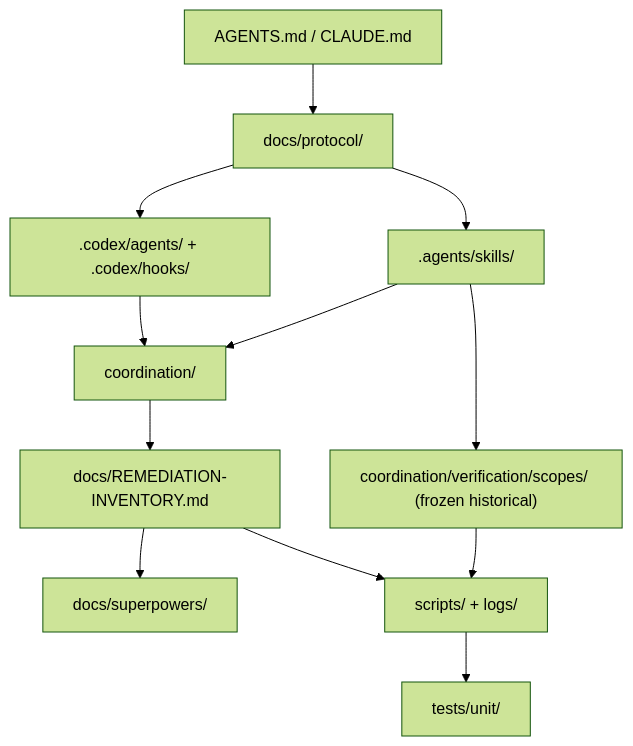
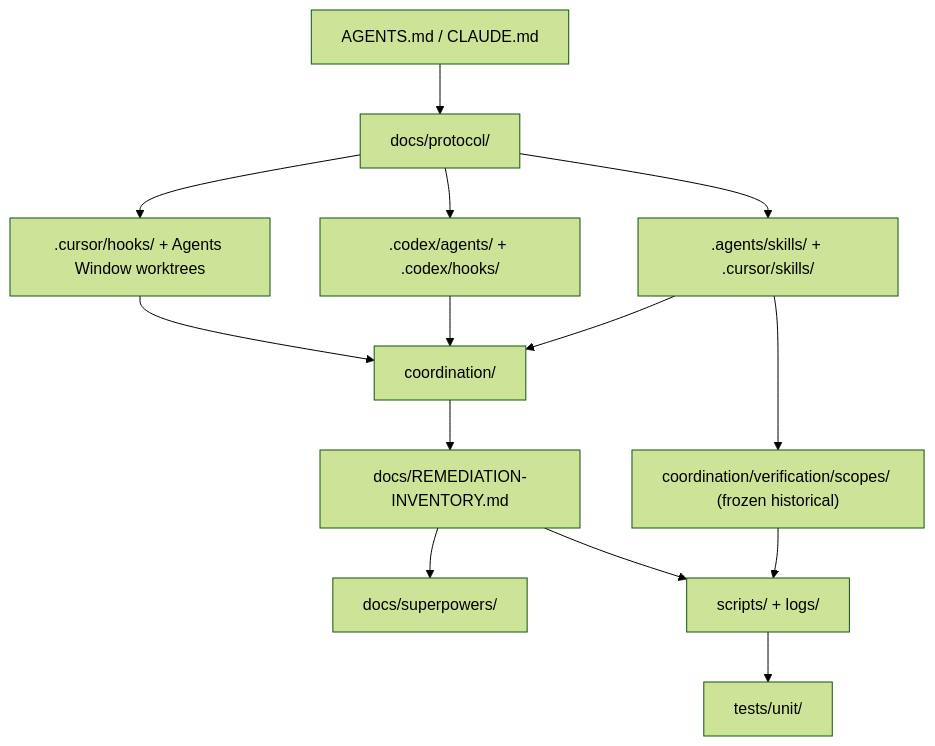
Before and after one commit to hkk009008-svg/governance-os: the diagram in docs/protocol/protocol-assembly-map.md, drawn with Mermaid (forest theme). The commit also changed other lines of this file and 44 other files, not shown here.

````diff
--- a/docs/protocol/protocol-assembly-map.md
+++ b/docs/protocol/protocol-assembly-map.md
@@ -10,25 +10,28 @@
 ```mermaid
 flowchart TD
     Root["AGENTS.md / CLAUDE.md"]
     Policy["docs/protocol/"]
-    Skills[".agents/skills/"]
+    Skills[".agents/skills/ + .cursor/skills/"]
     Codex[".codex/agents/ + .codex/hooks/"]
+    Cursor[".cursor/hooks/ + Agents Window worktrees"]
     Scope["coordination/verification/scopes/ (frozen historical)"]
     Ledger["coordination/"]
     Board["docs/REMEDIATION-INVENTORY.md"]
     Work["docs/superpowers/"]
     Evidence["scripts/ + logs/"]
     Tests["tests/unit/"]
 
     Root --> Policy
     Policy --> Skills
     Policy --> Codex
+    Policy --> Cursor
     Skills --> Ledger
     Codex --> Ledger
+    Cursor --> Ledger
     Skills --> Scope
     Scope --> Evidence
     Ledger --> Board
     Board --> Work
     Board --> Evidence
     Evidence --> Tests
 ```
````
